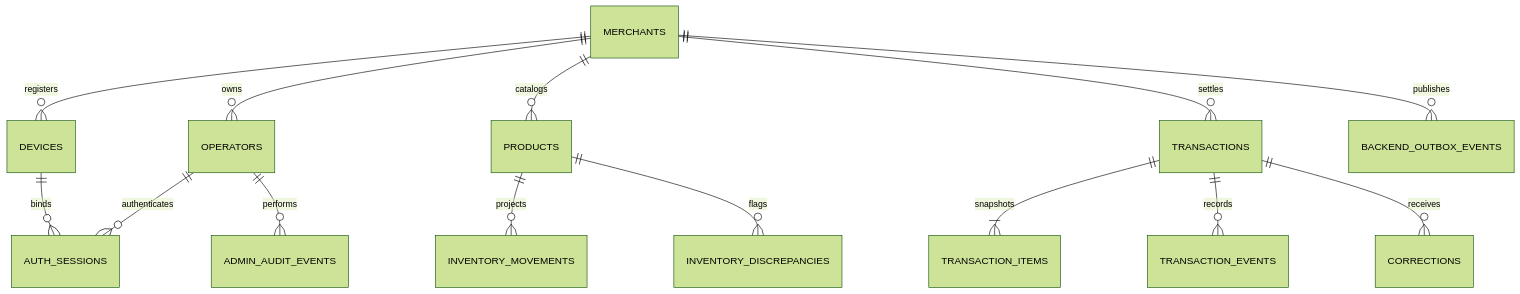
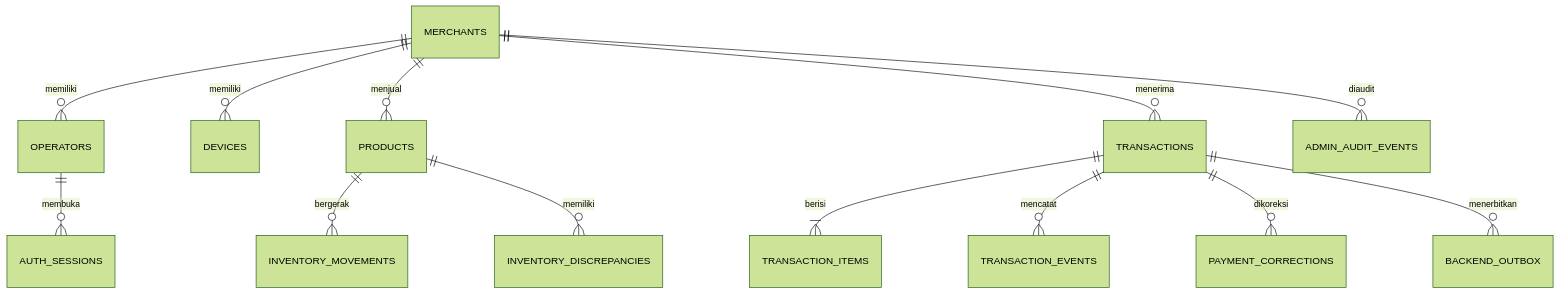
The diagram in docs/database_design.md (myudak/compos), drawn with Mermaid (forest theme) before and after one commit. The commit also changed other lines of this file and 28 other files, not shown here.

````diff
--- a/docs/database_design.md
+++ b/docs/database_design.md
@@ -5,16 +21,15 @@
 ```mermaid
 erDiagram
-  MERCHANTS ||--o{ OPERATORS : owns
-  MERCHANTS ||--o{ DEVICES : registers
-  OPERATORS ||--o{ AUTH_SESSIONS : authenticates
-  DEVICES ||--o{ AUTH_SESSIONS : binds
-  MERCHANTS ||--o{ PRODUCTS : catalogs
-  MERCHANTS ||--o{ TRANSACTIONS : settles
-  TRANSACTIONS ||--|{ TRANSACTION_ITEMS : snapshots
-  TRANSACTIONS ||--o{ TRANSACTION_EVENTS : records
-  TRANSACTIONS ||--o{ CORRECTIONS : receives
-  PRODUCTS ||--o{ INVENTORY_MOVEMENTS : projects
-  PRODUCTS ||--o{ INVENTORY_DISCREPANCIES : flags
-  MERCHANTS ||--o{ BACKEND_OUTBOX_EVENTS : publishes
-  OPERATORS ||--o{ ADMIN_AUDIT_EVENTS : performs
+  MERCHANTS ||--o{ OPERATORS : memiliki
+  MERCHANTS ||--o{ DEVICES : memiliki
+  OPERATORS ||--o{ AUTH_SESSIONS : membuka
+  MERCHANTS ||--o{ PRODUCTS : menjual
+  MERCHANTS ||--o{ TRANSACTIONS : menerima
+  TRANSACTIONS ||--|{ TRANSACTION_ITEMS : berisi
+  TRANSACTIONS ||--o{ TRANSACTION_EVENTS : mencatat
+  TRANSACTIONS ||--o{ PAYMENT_CORRECTIONS : dikoreksi
+  PRODUCTS ||--o{ INVENTORY_MOVEMENTS : bergerak
+  PRODUCTS ||--o{ INVENTORY_DISCREPANCIES : memiliki
+  MERCHANTS ||--o{ ADMIN_AUDIT_EVENTS : diaudit
+  TRANSACTIONS ||--o{ BACKEND_OUTBOX : menerbitkan
 ```
````
